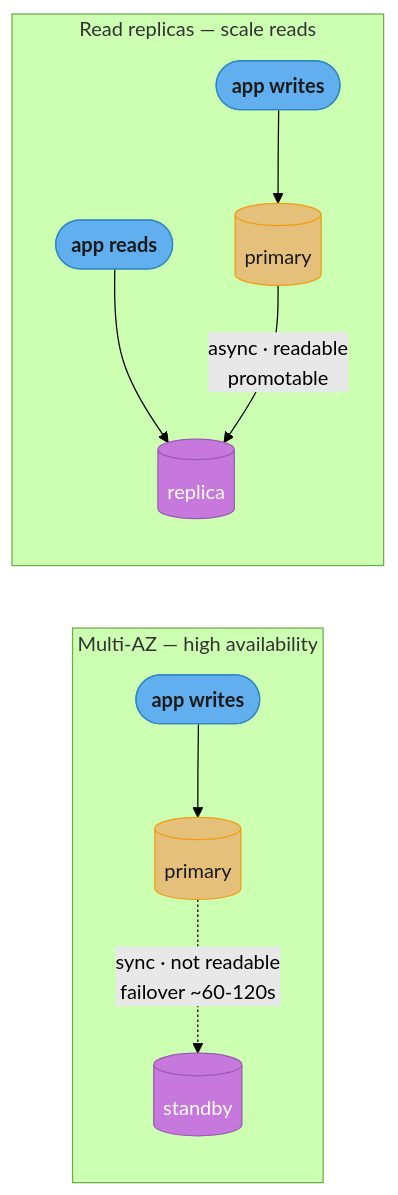
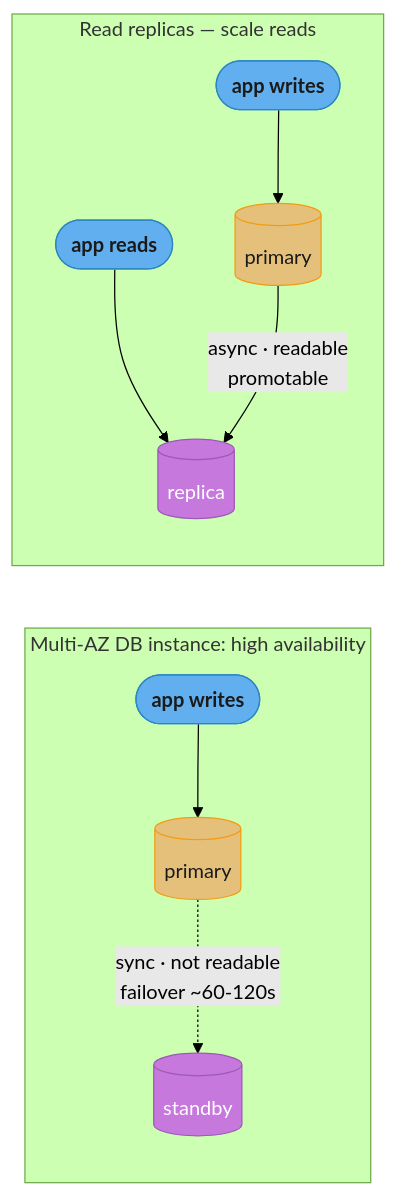
The fourth of 4 diagrams in src/main/java/com/rutik/systemdesign/devops/cloud_fundamentals_and_aws/cloud_fundamentals_and_aws.md (rppol/system-design), drawn with Mermaid (forest theme) before and after one commit. The commit also changed other lines of this file and 655 other files, not shown here.

````diff
--- a/src/main/java/com/rutik/systemdesign/devops/cloud_fundamentals_and_aws/cloud_fundamentals_and_aws.md
+++ b/src/main/java/com/rutik/systemdesign/devops/cloud_fundamentals_and_aws/cloud_fundamentals_and_aws.md
@@ -369,32 +392,32 @@
 ```mermaid
 flowchart LR
     classDef io      fill:#61afef,stroke:#2e86c1,color:#1a1a1a,font-weight:bold
     classDef frozen  fill:#c678dd,stroke:#9b59b6,color:#fff
     classDef train   fill:#98c379,stroke:#27ae60,color:#1a1a1a
     classDef mathOp  fill:#d19a66,stroke:#e67e22,color:#1a1a1a,font-weight:bold
     classDef lossN   fill:#e06c75,stroke:#c0392b,color:#fff,font-weight:bold
     classDef req     fill:#56b6c2,stroke:#0097a7,color:#1a1a1a
     classDef base    fill:#e5c07b,stroke:#f39c12,color:#1a1a1a
 
-    subgraph MAZ["Multi-AZ — high availability"]
+    subgraph MAZ["Multi-AZ DB instance: high availability"]
         App1(["app writes"])
         Pri1[("primary")]
         Stb1[("standby")]
         App1 --> Pri1
         Pri1 -.->|"sync · not readable<br/>failover ~60-120s"| Stb1
     end
 
     subgraph RR["Read replicas — scale reads"]
         App2(["app writes"])
         App3(["app reads"])
         Pri2[("primary")]
         Rep2[("replica")]
         App2 --> Pri2
         App3 --> Rep2
         Pri2 -->|"async · readable<br/>promotable"| Rep2
     end
 
     class App1,App2,App3 io
     class Pri1,Pri2 base
     class Stb1,Rep2 frozen
 ```
````
